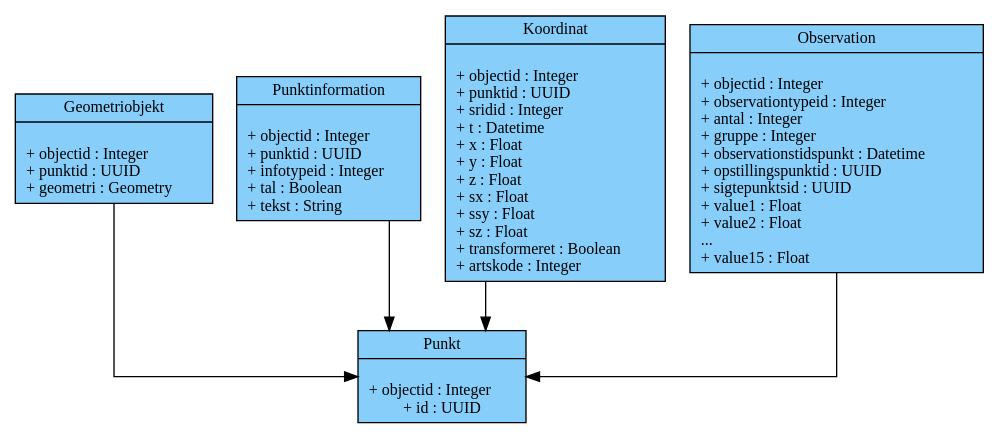
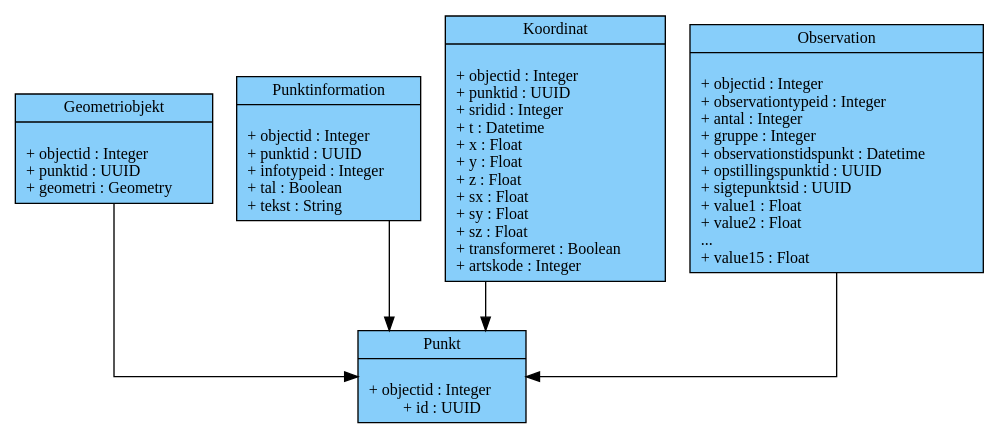
Before and after one commit to SDFIdk/FIRE: the second of 5 diagrams in docs/datamodel.rst, drawn with Graphviz. The commit also changed other lines of this file, not shown here.

```diff
--- a/docs/datamodel.rst
+++ b/docs/datamodel.rst
@@ -79,84 +79,84 @@
 .. graphviz::
     :name: Grundobjekter
     :caption: Grundliggende dataobjekter i FIRE
     :align: center
 
      digraph "Grundobjekter" {
          node [shape=record, fontname="Verdana", fontsize="12"];
          graph [splines=ortho];
 
         Punkt [
             label = "{Punkt|\l
                     + objectid : Integer\l
                     + id : UUID
             }"
             fillcolor = lightskyblue
             style = filled
         ]
 
         Geometriobjekt [
             label = "{Geometriobjekt|\l
                     + objectid : Integer\l
                     + punktid : UUID\l
                     + geometri : Geometry\l
             }"
             fillcolor = lightskyblue
             style = filled
         ]
 
         Punktinformation [
             label = "{Punktinformation|\l
                     + objectid : Integer\l
                     + punktid : UUID\l
                     + infotypeid : Integer\l
                     + tal : Boolean\l
                     + tekst : String\l
             }"
             fillcolor = lightskyblue
             style = filled
         ]
 
         Koordinat [
             label = "{Koordinat|\l
                     + objectid : Integer\l
                     + punktid : UUID\l
                     + sridid : Integer\l
                     + t : Datetime\l
                     + x : Float\l
                     + y : Float\l
                     + z : Float\l
                     + sx : Float\l
-                    + ssy : Float\l
+                    + sy : Float\l
                     + sz : Float\l
                     + transformeret : Boolean\l
                     + artskode : Integer\l
 
             }"
             fillcolor = lightskyblue
             style = filled
         ]
 
         Observation [
             label = "{Observation|\l
                     + objectid : Integer\l
                     + observationtypeid : Integer\l
                     + antal : Integer\l
                     + gruppe : Integer\l
                     + observationstidspunkt : Datetime\l
                     + opstillingspunktid : UUID\l
                     + sigtepunktsid : UUID\l
                     + value1 : Float\l
                     + value2 : Float\l
                     ...\l
                     + value15 : Float\l
             }"
             fillcolor = lightskyblue
             style = filled
         ]
 
         Geometriobjekt -> Punkt;
         Punktinformation -> Punkt;
         Koordinat -> Punkt;
         Observation -> Punkt;
 
      }
```
